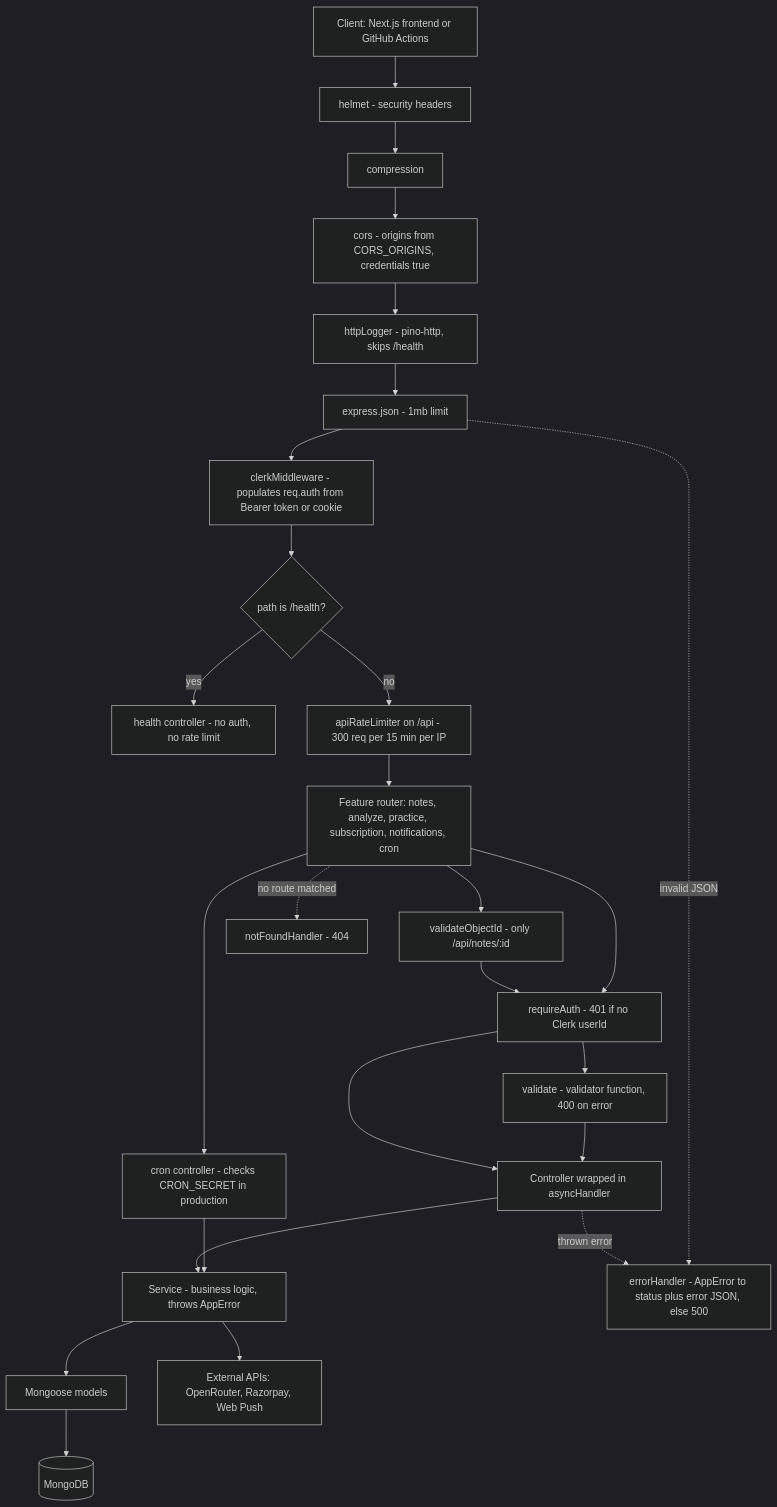
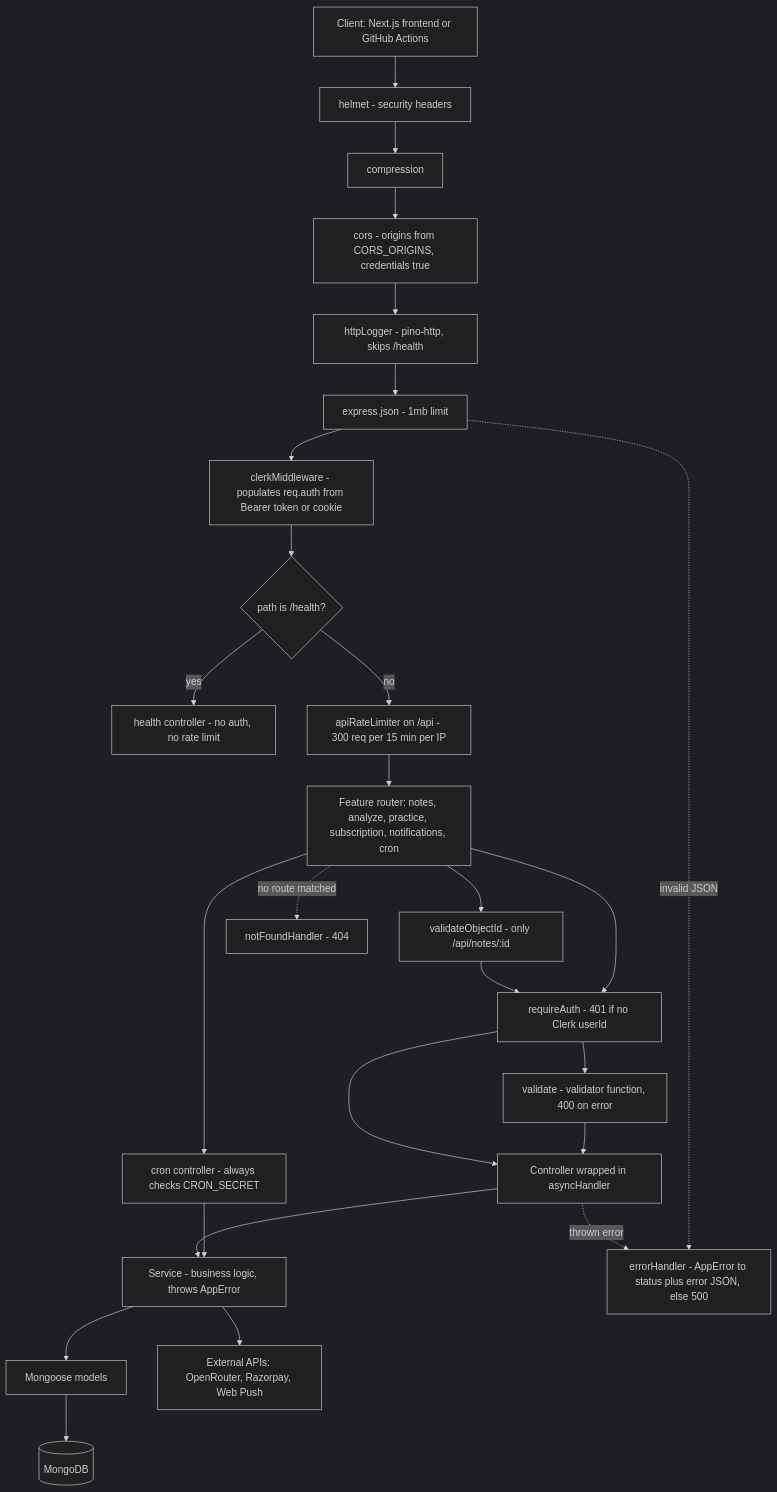
Before and after one commit to ydhanush8/MemoMind: the first of 6 diagrams in docs/server.md, drawn with Mermaid (dark theme). The commit also changed other lines of this file and 12 other files, not shown here.

Commit message:
fix: bind Razorpay subscriptions to their owner, expire lapsed premium, always require CRON_SECRET, stop caching API responses and drop Vercel cron

````diff
--- a/docs/server.md
+++ b/docs/server.md
@@ -62,28 +62,28 @@
 ```mermaid
 flowchart TD
     Client["Client: Next.js frontend or GitHub Actions"] --> Helmet["helmet - security headers"]
     Helmet --> Compression["compression"]
     Compression --> CORS["cors - origins from CORS_ORIGINS, credentials true"]
     CORS --> Logger["httpLogger - pino-http, skips /health"]
     Logger --> JSON["express.json - 1mb limit"]
     JSON --> Clerk["clerkMiddleware - populates req.auth from Bearer token or cookie"]
     Clerk --> HealthCheck{"path is /health?"}
     HealthCheck -- yes --> HealthCtrl["health controller - no auth, no rate limit"]
     HealthCheck -- no --> RateLimit["apiRateLimiter on /api - 300 req per 15 min per IP"]
     RateLimit --> Router["Feature router: notes, analyze, practice, subscription, notifications, cron"]
     Router --> ObjId["validateObjectId - only /api/notes/:id"]
     ObjId --> Auth["requireAuth - 401 if no Clerk userId"]
     Router --> Auth
-    Router --> CronCtrl["cron controller - checks CRON_SECRET in production"]
+    Router --> CronCtrl["cron controller - always checks CRON_SECRET"]
     Auth --> Validate["validate - validator function, 400 on error"]
     Auth --> Ctrl["Controller wrapped in asyncHandler"]
     Validate --> Ctrl
     Ctrl --> Svc["Service - business logic, throws AppError"]
     CronCtrl --> Svc
     Svc --> Models["Mongoose models"]
     Svc --> External["External APIs: OpenRouter, Razorpay, Web Push"]
     Models --> Mongo[("MongoDB")]
     Router -. "no route matched" .-> NotFound["notFoundHandler - 404"]
     Ctrl -. "thrown error" .-> ErrorHandler["errorHandler - AppError to status plus error JSON, else 500"]
     JSON -. "invalid JSON" .-> ErrorHandler
 ```
````
